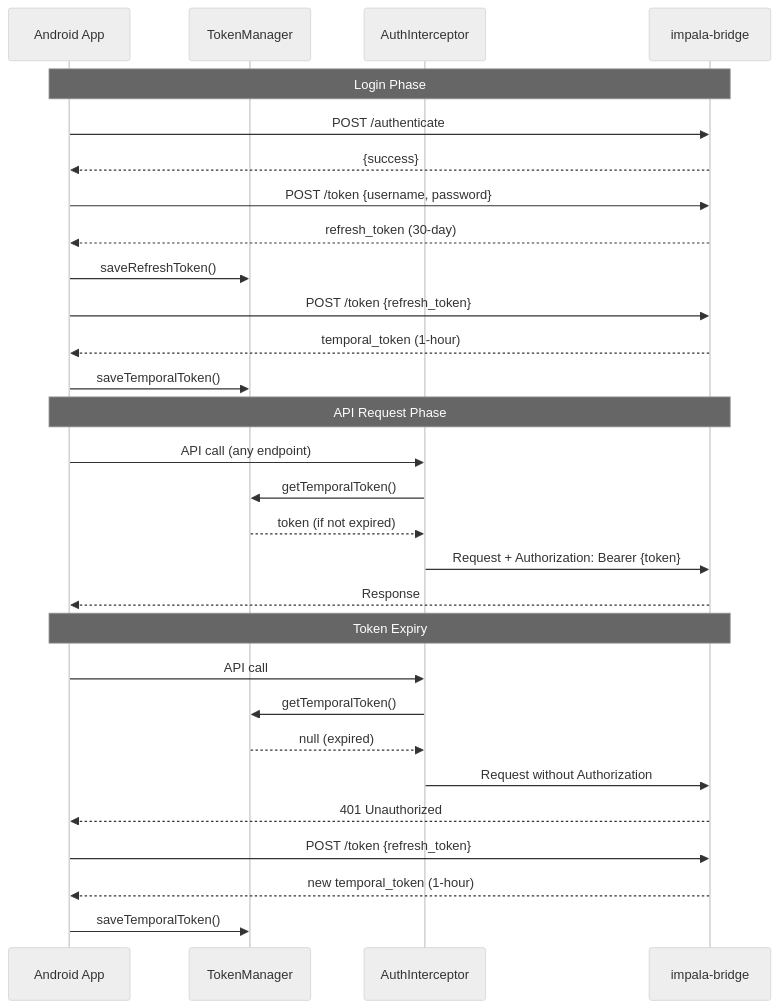
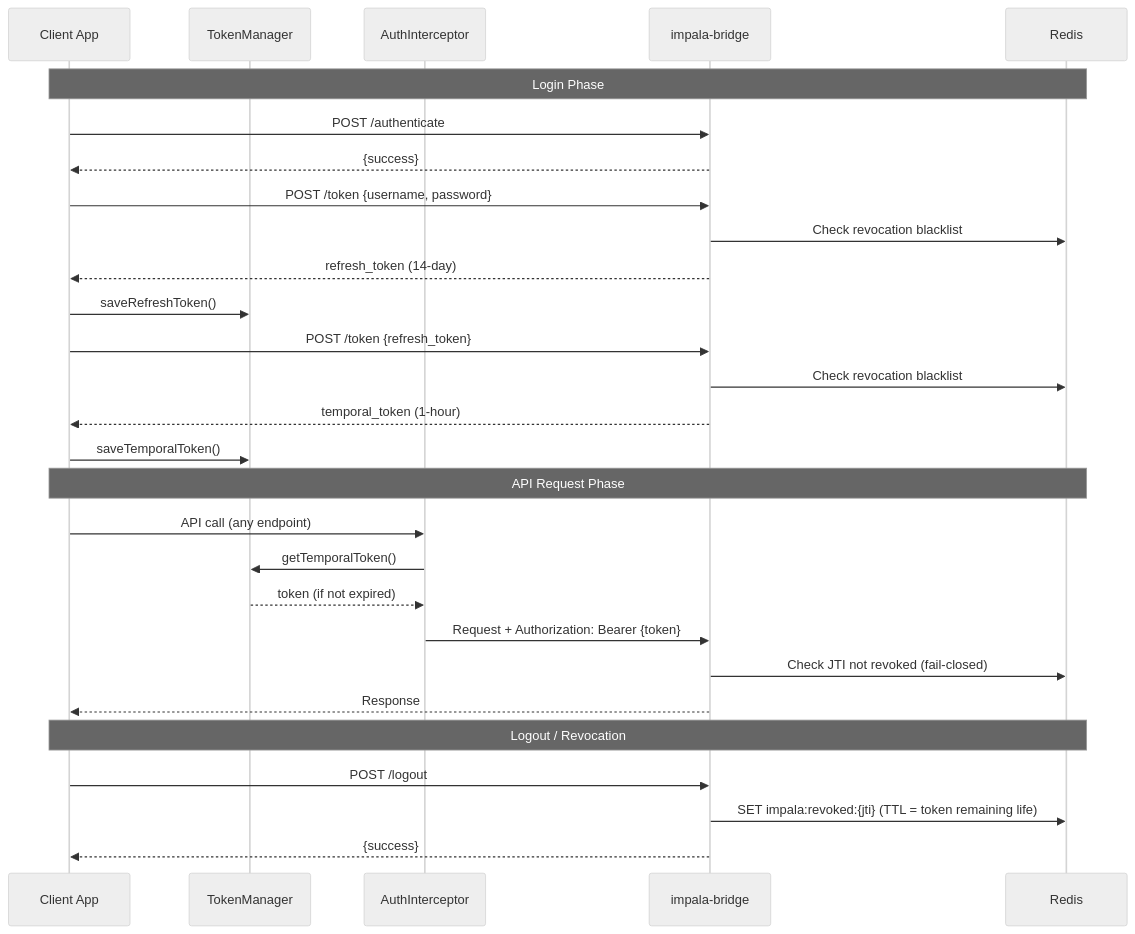
One commit to Financial-Empowerment-Partners/impala changed the ninth of 11 diagrams in ARCHITECTURE.md. Above: the diagram before and after it, drawn with Mermaid (neutral theme). The commit also changed other lines of this file and 1 other file, not shown here.

````diff
--- a/ARCHITECTURE.md
+++ b/ARCHITECTURE.md
@@ -520,34 +753,33 @@
 ```mermaid
 sequenceDiagram
-    participant App as Android App
+    participant App as Client App
     participant TM as TokenManager
     participant Int as AuthInterceptor
     participant Bridge as impala-bridge
+    participant Redis as Redis
 
-    Note over App, Bridge: Login Phase
+    Note over App, Redis: Login Phase
     App->>Bridge: POST /authenticate
     Bridge-->>App: {success}
     App->>Bridge: POST /token {username, password}
-    Bridge-->>App: refresh_token (30-day)
+    Bridge->>Redis: Check revocation blacklist
+    Bridge-->>App: refresh_token (14-day)
     App->>TM: saveRefreshToken()
     App->>Bridge: POST /token {refresh_token}
+    Bridge->>Redis: Check revocation blacklist
     Bridge-->>App: temporal_token (1-hour)
     App->>TM: saveTemporalToken()
 
-    Note over App, Bridge: API Request Phase
+    Note over App, Redis: API Request Phase
     App->>Int: API call (any endpoint)
     Int->>TM: getTemporalToken()
     TM-->>Int: token (if not expired)
     Int->>Bridge: Request + Authorization: Bearer {token}
+    Bridge->>Redis: Check JTI not revoked (fail-closed)
     Bridge-->>App: Response
 
-    Note over App, Bridge: Token Expiry
-    App->>Int: API call
-    Int->>TM: getTemporalToken()
-    TM-->>Int: null (expired)
-    Int->>Bridge: Request without Authorization
-    Bridge-->>App: 401 Unauthorized
-    App->>Bridge: POST /token {refresh_token}
-    Bridge-->>App: new temporal_token (1-hour)
-    App->>TM: saveTemporalToken()
+    Note over App, Redis: Logout / Revocation
+    App->>Bridge: POST /logout
+    Bridge->>Redis: SET impala:revoked:{jti} (TTL = token remaining life)
+    Bridge-->>App: {success}
 ```
````
